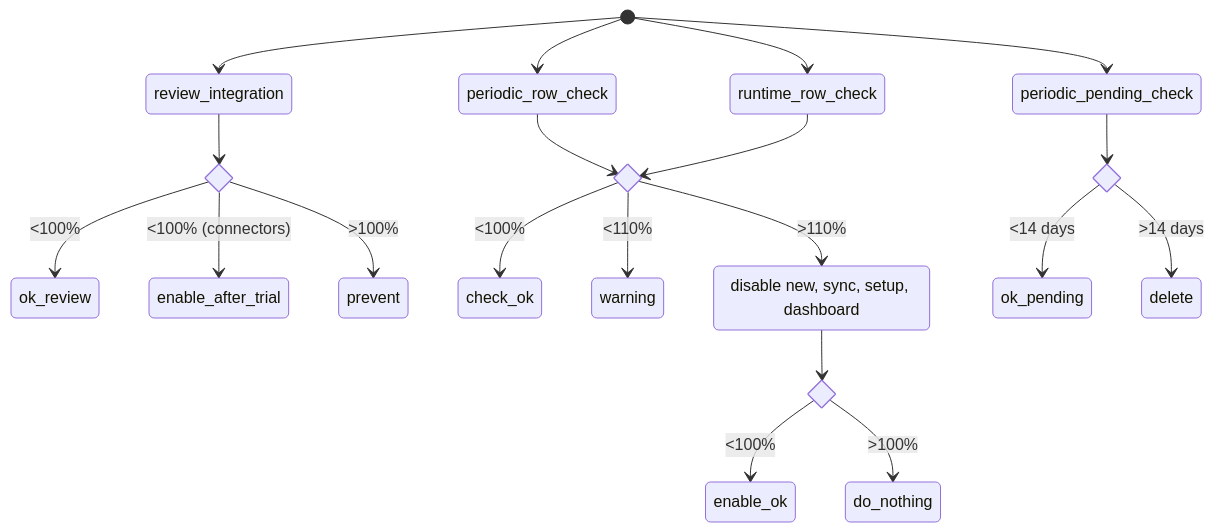
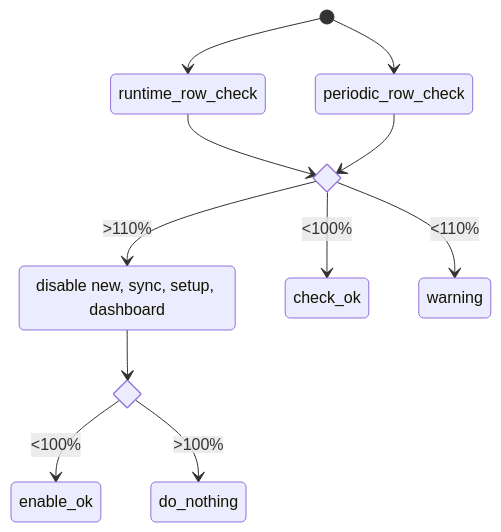
One commit to gyana/gyana changed the second of 2 diagrams in apps/tables/DIAGRAM.md. Above: the diagram before and after it, drawn with Mermaid. The commit also changed other lines of this file, not shown here.

Commit message:
update diagram

````diff
--- a/apps/tables/DIAGRAM.md
+++ b/apps/tables/DIAGRAM.md
@@ -1,33 +26,17 @@
 ```mermaid
 stateDiagram-v2
     state if_disable <<choice>>
     state if_enable <<choice>>
-    state if_review <<choice>>
-    state if_pending <<choice>>
     disable: disable new, sync, setup, dashboard
 
-    # stop user adding new data to exceed limit
-    [*] --> review_integration
-    review_integration --> if_review
-    if_review --> ok_review: <100%
-    if_review --> enable_after_trial: <100% (connectors)
-    if_review --> prevent: >100%
-
-    # check that new sync has exceeded
     [*] --> periodic_row_check
     [*] --> runtime_row_check
     runtime_row_check --> if_disable
     periodic_row_check --> if_disable
     if_disable --> check_ok: <100%
     if_disable --> warning: <110%
     if_disable --> disable: >110%
     disable --> if_enable
     if_enable --> enable_ok: <100%
     if_enable --> do_nothing: >100%
-
-    # delete pending after 14 days
-    [*] --> periodic_pending_check
-    periodic_pending_check --> if_pending
-    if_pending --> ok_pending: <14 days
-    if_pending --> delete: >14 days
 ```
````
